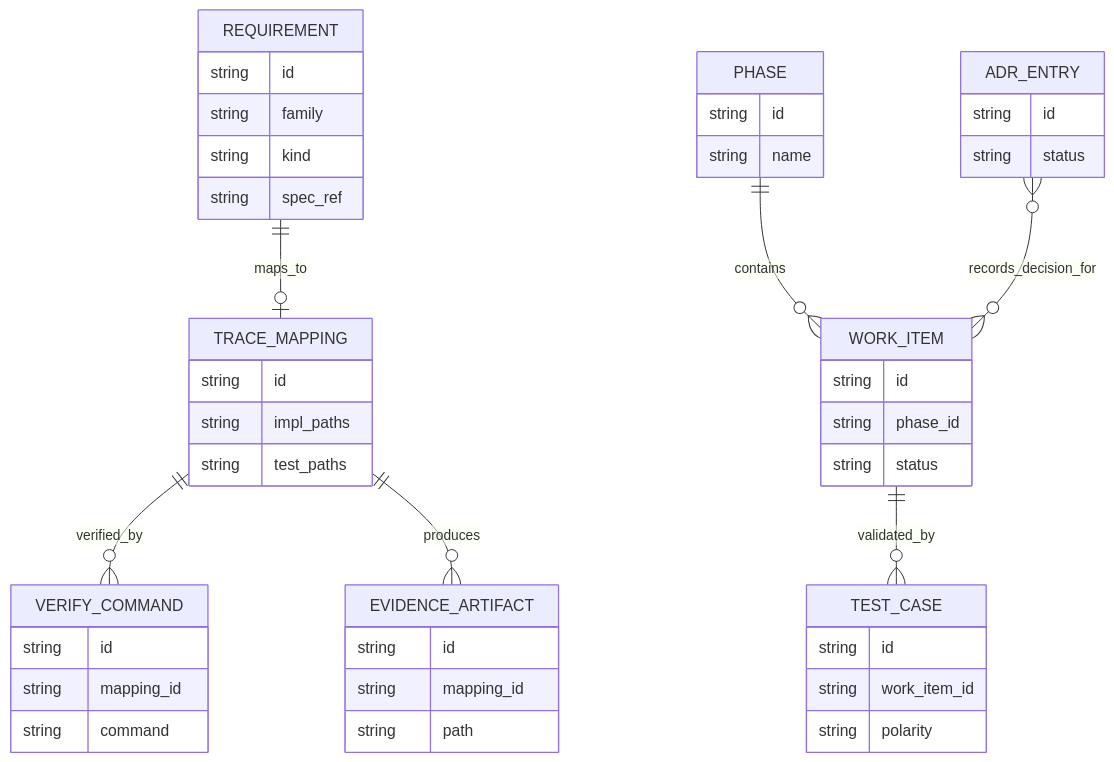
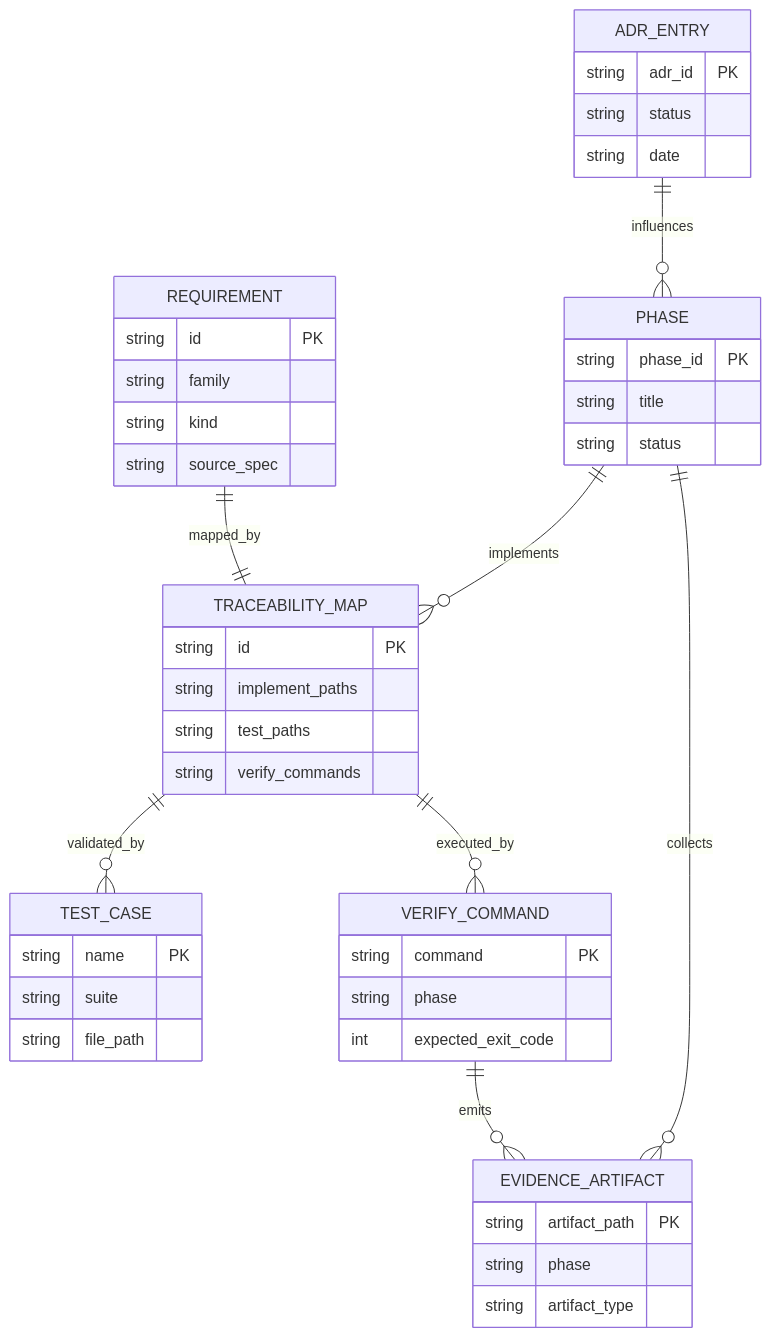
Before and after one commit to jaytaylor/attractor-tcl: the second of 5 diagrams in docs/sprints/SPRINT-003-close-spec-parity-tcl.md, drawn with Mermaid. The commit also changed other lines of this file, not shown here.

Commit message:
docs(sprint-003): sync close-spec parity completion with verified evidence

````diff
--- a/docs/sprints/SPRINT-003-close-spec-parity-tcl.md
+++ b/docs/sprints/SPRINT-003-close-spec-parity-tcl.md
@@ -2370,56 +1030,48 @@
 ```mermaid
 erDiagram
-  REQUIREMENT ||--o| TRACE_MAPPING : maps_to
-  TRACE_MAPPING ||--o{ VERIFY_COMMAND : verified_by
-  TRACE_MAPPING ||--o{ EVIDENCE_ARTIFACT : produces
-  PHASE ||--o{ WORK_ITEM : contains
-  WORK_ITEM ||--o{ TEST_CASE : validated_by
-  ADR_ENTRY }o--o{ WORK_ITEM : records_decision_for
+    REQUIREMENT ||--|| TRACEABILITY_MAP : mapped_by
+    TRACEABILITY_MAP ||--o{ TEST_CASE : validated_by
+    TRACEABILITY_MAP ||--o{ VERIFY_COMMAND : executed_by
+    VERIFY_COMMAND ||--o{ EVIDENCE_ARTIFACT : emits
+    PHASE ||--o{ TRACEABILITY_MAP : implements
+    PHASE ||--o{ EVIDENCE_ARTIFACT : collects
+    ADR_ENTRY ||--o{ PHASE : influences
 
-  REQUIREMENT {
-    string id
-    string family
-    string kind
-    string spec_ref
-  }
-
-  TRACE_MAPPING {
-    string id
-    string impl_paths
-    string test_paths
-  }
-
-  VERIFY_COMMAND {
-    string id
-    string mapping_id
-    string command
-  }
-
-  EVIDENCE_ARTIFACT {
-    string id
-    string mapping_id
-    string path
-  }
-
-  PHASE {
-    string id
-    string name
-  }
-
-  WORK_ITEM {
-    string id
-    string phase_id
-    string status
-  }
-
-  TEST_CASE {
-    string id
-    string work_item_id
-    string polarity
-  }
-
-  ADR_ENTRY {
-    string id
-    string status
-  }
+    REQUIREMENT {
+      string id PK
+      string family
+      string kind
+      string source_spec
+    }
+    TRACEABILITY_MAP {
+      string id PK
+      string implement_paths
+      string test_paths
+      string verify_commands
+    }
+    TEST_CASE {
+      string name PK
+      string suite
+      string file_path
+    }
+    VERIFY_COMMAND {
+      string command PK
+      string phase
+      int expected_exit_code
+    }
+    EVIDENCE_ARTIFACT {
+      string artifact_path PK
+      string phase
+      string artifact_type
+    }
+    PHASE {
+      string phase_id PK
+      string title
+      string status
+    }
+    ADR_ENTRY {
+      string adr_id PK
+      string status
+      string date
+    }
 ```
````
